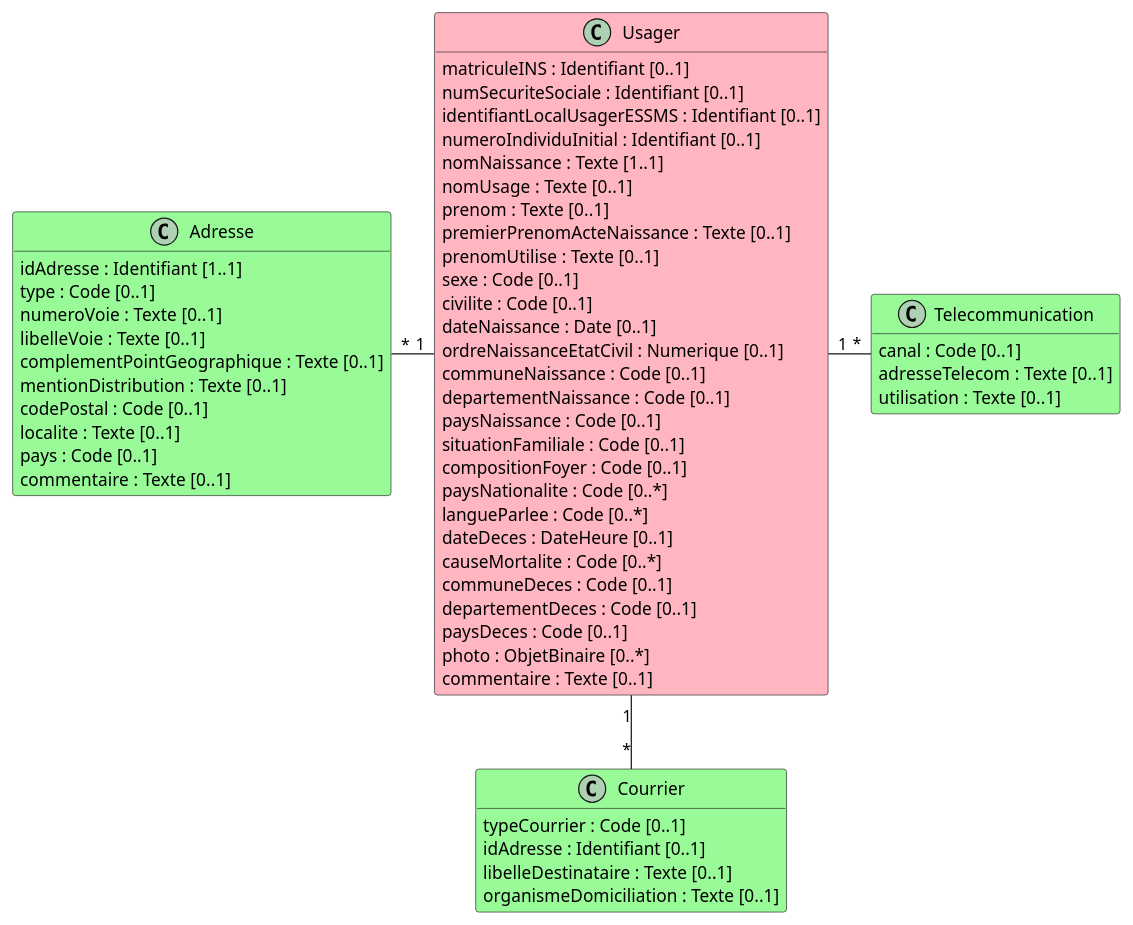
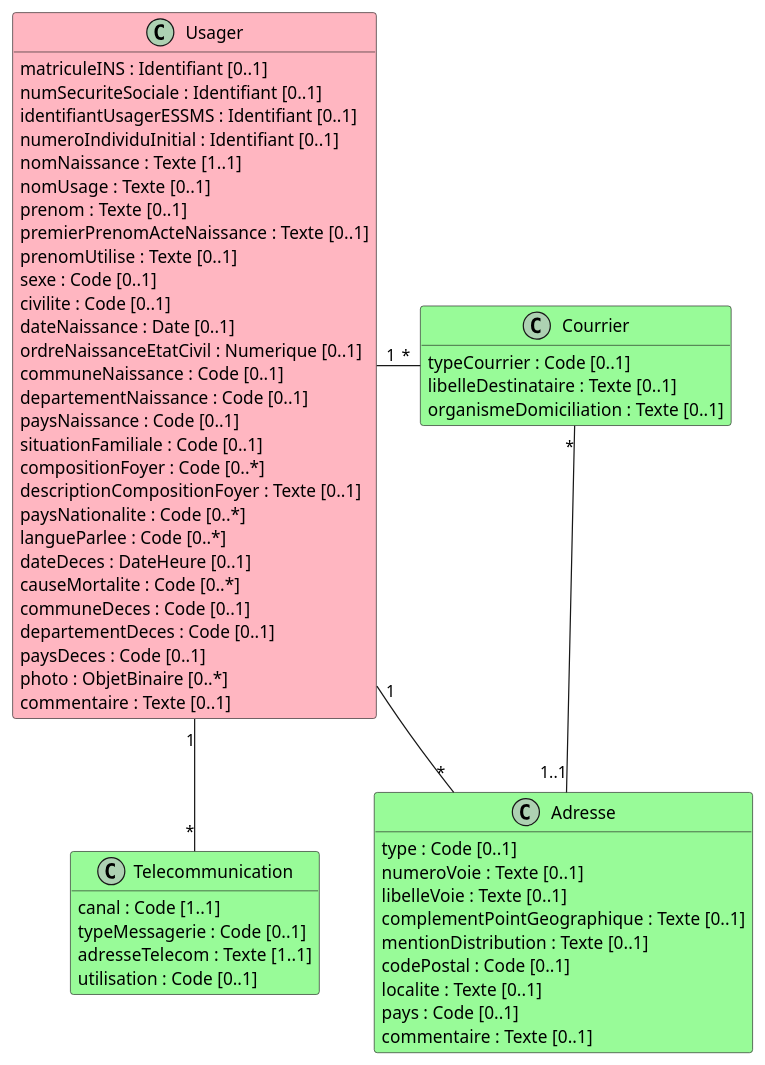
One commit to ansforge/IG-fhir-medicosocial-transfert-donnees-dui changed the diagram in input/images-source/bloc_identification_coordonnees.plantuml. Above: the diagram before and after it, drawn with PlantUML. The commit also changed 8 other files, not shown here.

```diff
--- a/input/images-source/bloc_identification_coordonnees.plantuml
+++ b/input/images-source/bloc_identification_coordonnees.plantuml
@@ -1,65 +1,66 @@
 @startuml
 
 hide empty methods
 
 class Usager #LightPink {
     matriculeINS : Identifiant [0..1]
     numSecuriteSociale : Identifiant [0..1]
-    identifiantLocalUsagerESSMS : Identifiant [0..1]
+    identifiantUsagerESSMS : Identifiant [0..1]
     numeroIndividuInitial : Identifiant [0..1]
     nomNaissance : Texte [1..1]
     nomUsage : Texte [0..1]
     prenom : Texte [0..1]
     premierPrenomActeNaissance : Texte [0..1]
     prenomUtilise : Texte [0..1]
     sexe : Code [0..1]
     civilite : Code [0..1]
     dateNaissance : Date [0..1]
     ordreNaissanceEtatCivil : Numerique [0..1]
     communeNaissance : Code [0..1]
     departementNaissance : Code [0..1]
     paysNaissance : Code [0..1]
     situationFamiliale : Code [0..1]
-    compositionFoyer : Code [0..1]
+    compositionFoyer : Code [0..*]
+    descriptionCompositionFoyer : Texte [0..1]
     paysNationalite : Code [0..*]
     langueParlee : Code [0..*]
     dateDeces : DateHeure [0..1]
     causeMortalite : Code [0..*]
     communeDeces : Code [0..1]
     departementDeces : Code [0..1]
     paysDeces : Code [0..1]
     photo : ObjetBinaire [0..*]
     commentaire : Texte [0..1]
 }
 
 class Adresse #PaleGreen {
-    idAdresse : Identifiant [1..1]
     type : Code [0..1]
     numeroVoie : Texte [0..1]
     libelleVoie : Texte [0..1]
     complementPointGeographique : Texte [0..1]
     mentionDistribution : Texte [0..1]
     codePostal : Code [0..1]
     localite : Texte [0..1]
     pays : Code [0..1]
     commentaire : Texte [0..1]
 }
 
 class Telecommunication #PaleGreen {
-    canal : Code [0..1]
-    adresseTelecom : Texte [0..1]
-    utilisation : Texte [0..1]
+    canal : Code [1..1]
+    typeMessagerie : Code [0..1]
+    adresseTelecom : Texte [1..1]
+    utilisation : Code [0..1]
 }
 
 class Courrier #PaleGreen {
     typeCourrier : Code [0..1]
-    idAdresse : Identifiant [0..1]
     libelleDestinataire : Texte [0..1]
     organismeDomiciliation : Texte [0..1]
 }
 
-Adresse "*" - "1" Usager
-Usager "1" - "*" Telecommunication
-Usager "1" -- "*" Courrier
+Usager "1" -- "*" Adresse
+Usager "1" -- "*" Telecommunication
+Usager "1" - "*" Courrier
+Courrier "*" - "1..1" Adresse
 
 @enduml
```
